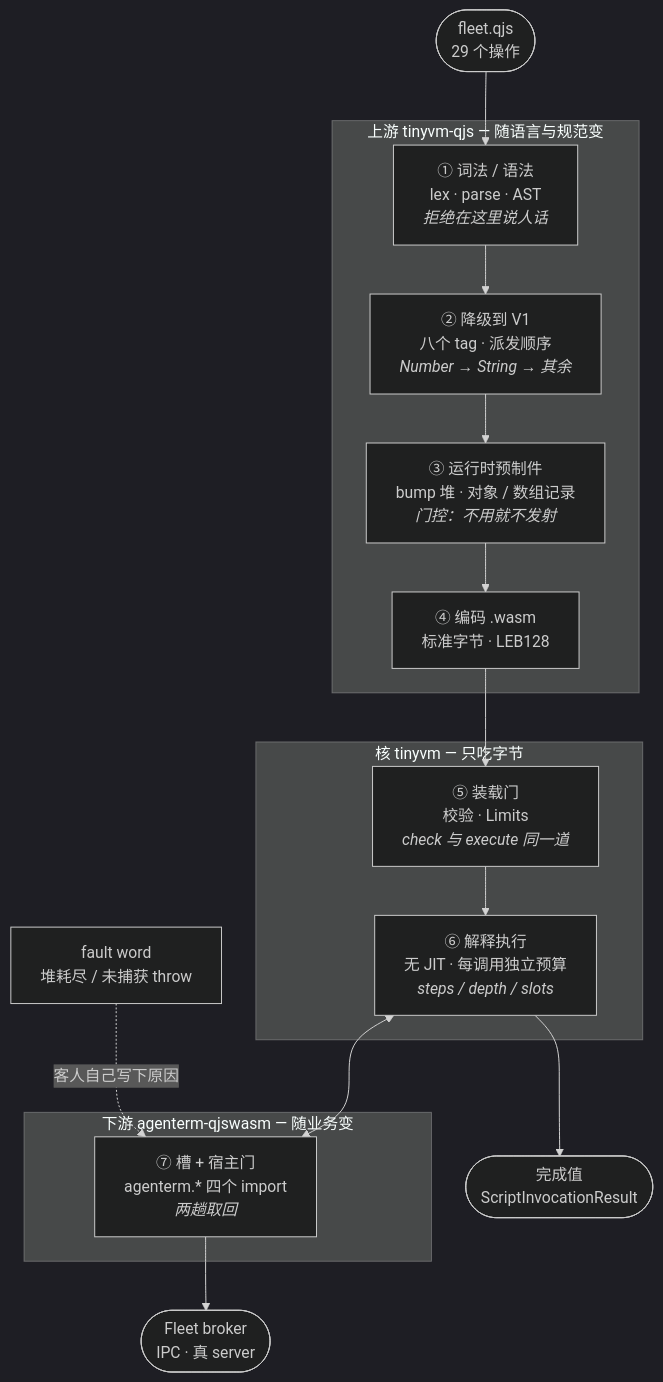
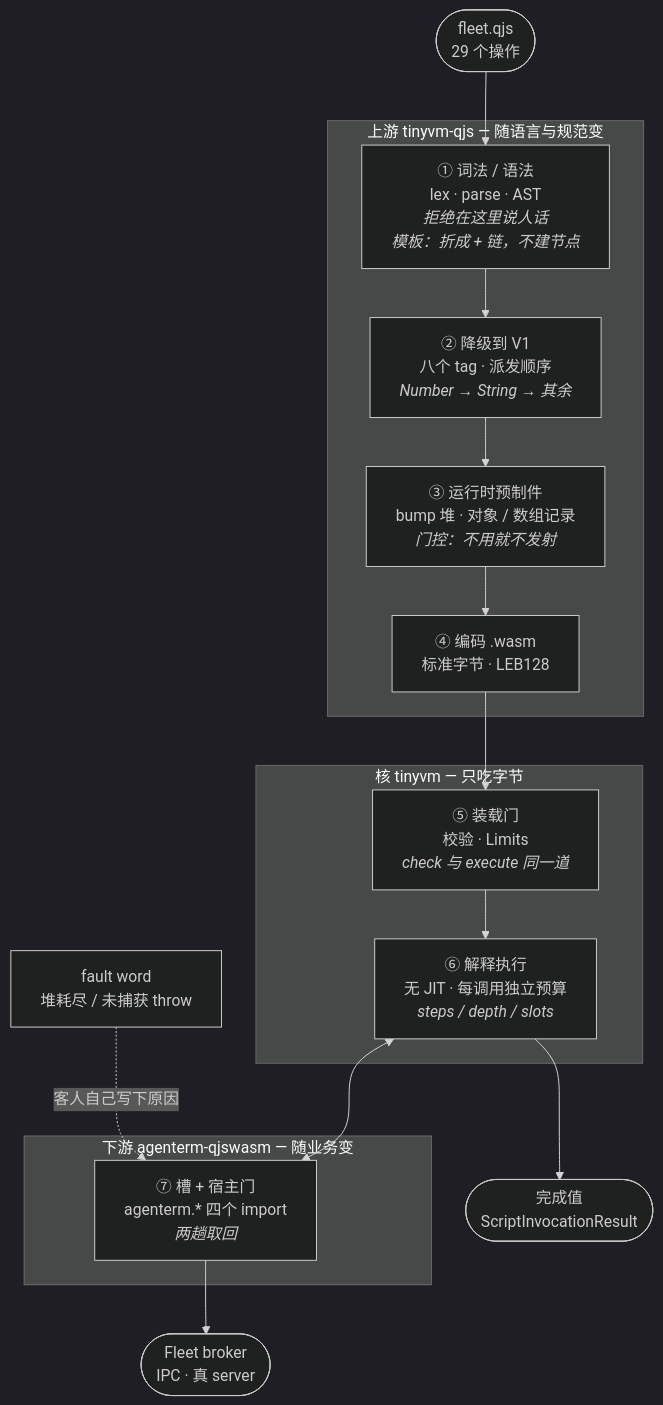
Before and after one commit to partnernetsoftware/agenterm: the diagram in prd/PRD_02_36_agenterm_qjswasm.md, drawn with Mermaid (dark theme). The commit also changed other lines of this file and 8 other files, not shown here.

````diff
--- a/prd/PRD_02_36_agenterm_qjswasm.md
+++ b/prd/PRD_02_36_agenterm_qjswasm.md
@@ -914,27 +914,27 @@
 ```mermaid
 flowchart TD
   subgraph UP["上游 tinyvm-qjs — 随语言与规范变"]
-    R1["① 词法 / 语法<br/>lex · parse · AST<br/><i>拒绝在这里说人话</i>"]
+    R1["① 词法 / 语法<br/>lex · parse · AST<br/><i>拒绝在这里说人话</i><br/><i>模板：折成 + 链，不建节点</i>"]
     R2["② 降级到 V1<br/>八个 tag · 派发顺序<br/><i>Number → String → 其余</i>"]
     R3["③ 运行时预制件<br/>bump 堆 · 对象 / 数组记录<br/><i>门控：不用就不发射</i>"]
     R4["④ 编码 .wasm<br/>标准字节 · LEB128"]
     R1 --> R2 --> R3 --> R4
   end
 
   subgraph CORE["核 tinyvm — 只吃字节"]
     R5["⑤ 装载门<br/>校验 · Limits<br/><i>check 与 execute 同一道</i>"]
     R6["⑥ 解释执行<br/>无 JIT · 每调用独立预算<br/><i>steps / depth / slots</i>"]
     R5 --> R6
   end
 
   subgraph DOWN["下游 agenterm-qjswasm — 随业务变"]
     R7["⑦ 槽 + 宿主门<br/>agenterm.* 四个 import<br/><i>两趟取回</i>"]
   end
 
   SRC(["fleet.qjs<br/>29 个操作"]) --> R1
   R4 --> R5
   R6 <--> R7
   R7 --> BRK(["Fleet broker<br/>IPC · 真 server"])
   R6 --> OUT(["完成值<br/>ScriptInvocationResult"])
   FW["fault word<br/>堆耗尽 / 未捕获 throw"] -.->|"客人自己写下原因"| R7
 ```
````
